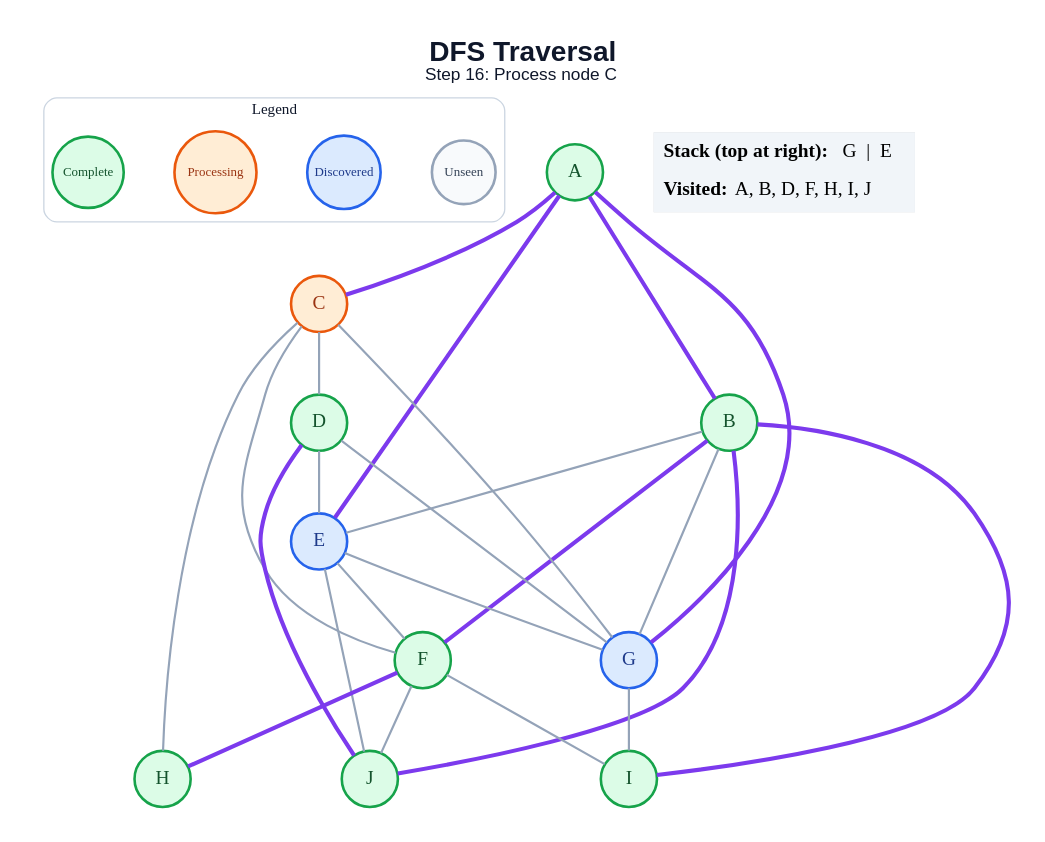
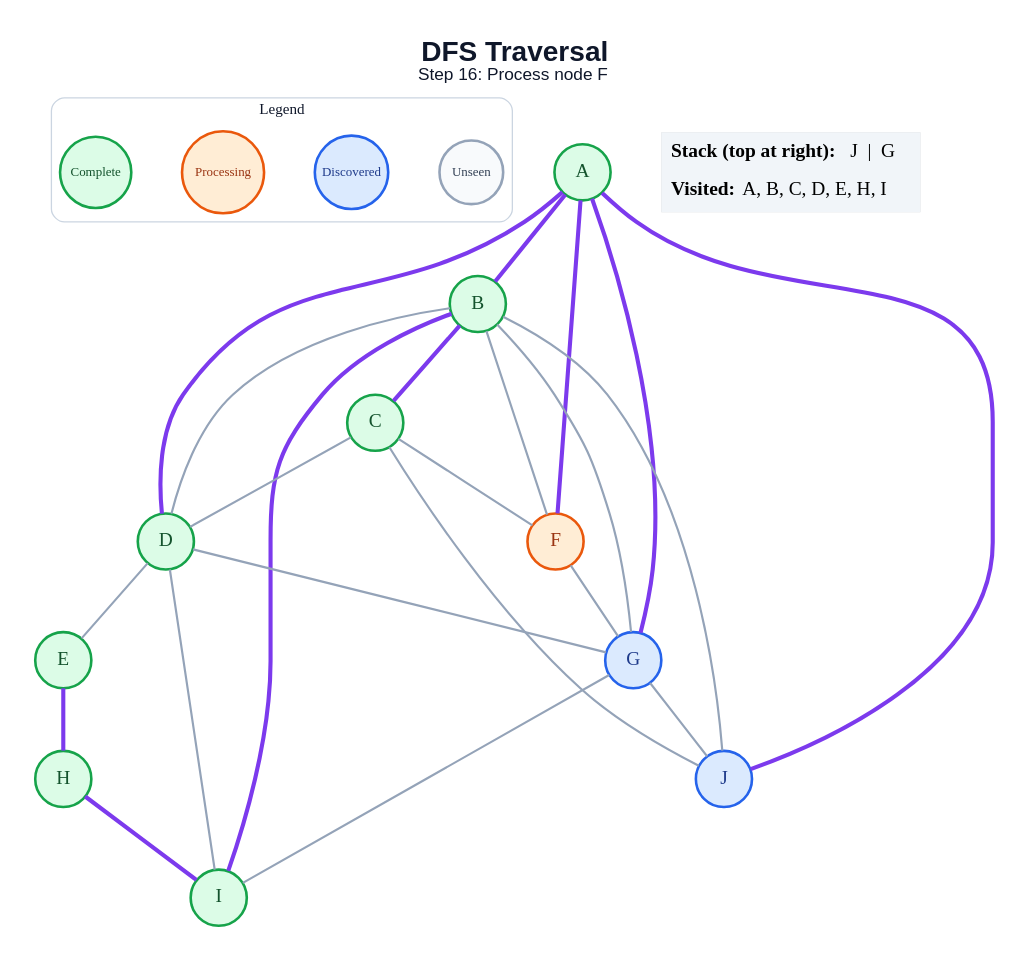
Before and after one commit to amanghodawala9/ai-slop: the diagram in generated/dfs/step_16.dot, drawn with Graphviz. The commit also changed 178 other files, not shown here.

```diff
--- a/generated/dfs/step_16.dot
+++ b/generated/dfs/step_16.dot
@@ -1,52 +1,51 @@
 graph traversal {
   graph [layout=dot, rankdir=TB, bgcolor="#FFFFFF", pad="0.35", nodesep="0.65", ranksep="0.8", fontname="Arial"];
   node [shape=circle, style="filled", fontname="Arial Bold", fontsize=18, width=0.72, fixedsize=true, penwidth=2.4];
   edge [color="#94A3B8", penwidth=2.0];
-  label=<<B>DFS Traversal</B><BR/><FONT POINT-SIZE="16">Step 16: Process node C</FONT>>; labelloc="t"; fontsize=26; fontname="Arial"; fontcolor="#0F172A";
+  label=<<B>DFS Traversal</B><BR/><FONT POINT-SIZE="16">Step 16: Process node F</FONT>>; labelloc="t"; fontsize=26; fontname="Arial"; fontcolor="#0F172A";
   subgraph cluster_legend { label="Legend"; color="#CBD5E1"; penwidth=1.2; style="rounded"; fontsize=14; fontname="Arial Bold";
     key_unseen [label="Unseen", fillcolor="#F8FAFC", color="#94A3B8", fontcolor="#334155", fontsize=12, width=0.82];
     key_frontier [label="Discovered", fillcolor="#DBEAFE", color="#2563EB", fontcolor="#1E3A8A", fontsize=12, width=0.95];
     key_current [label="Processing", fillcolor="#FFEDD5", color="#EA580C", fontcolor="#9A3412", fontsize=12, width=1.05];
     key_done [label="Complete", fillcolor="#DCFCE7", color="#16A34A", fontcolor="#14532D", fontsize=12, width=0.92];
     { rank=same; key_unseen; key_frontier; key_current; key_done; }
   }
   A [fillcolor="#DCFCE7", color="#16A34A", fontcolor="#14532D"];
   B [fillcolor="#DCFCE7", color="#16A34A", fontcolor="#14532D"];
-  C [fillcolor="#FFEDD5", color="#EA580C", fontcolor="#9A3412"];
+  C [fillcolor="#DCFCE7", color="#16A34A", fontcolor="#14532D"];
   D [fillcolor="#DCFCE7", color="#16A34A", fontcolor="#14532D"];
-  E [fillcolor="#DBEAFE", color="#2563EB", fontcolor="#1E3A8A"];
-  F [fillcolor="#DCFCE7", color="#16A34A", fontcolor="#14532D"];
+  E [fillcolor="#DCFCE7", color="#16A34A", fontcolor="#14532D"];
+  F [fillcolor="#FFEDD5", color="#EA580C", fontcolor="#9A3412"];
   G [fillcolor="#DBEAFE", color="#2563EB", fontcolor="#1E3A8A"];
   H [fillcolor="#DCFCE7", color="#16A34A", fontcolor="#14532D"];
   I [fillcolor="#DCFCE7", color="#16A34A", fontcolor="#14532D"];
-  J [fillcolor="#DCFCE7", color="#16A34A", fontcolor="#14532D"];
+  J [fillcolor="#DBEAFE", color="#2563EB", fontcolor="#1E3A8A"];
   A -- B [color="#7C3AED", penwidth=3.8];
-  A -- C [color="#7C3AED", penwidth=3.8];
-  A -- E [color="#7C3AED", penwidth=3.8];
+  A -- D [color="#7C3AED", penwidth=3.8];
+  A -- F [color="#7C3AED", penwidth=3.8];
   A -- G [color="#7C3AED", penwidth=3.8];
-  B -- E;
-  B -- F [color="#7C3AED", penwidth=3.8];
+  A -- J [color="#7C3AED", penwidth=3.8];
+  B -- C [color="#7C3AED", penwidth=3.8];
+  B -- D;
+  B -- F;
   B -- G;
   B -- I [color="#7C3AED", penwidth=3.8];
-  B -- J [color="#7C3AED", penwidth=3.8];
+  B -- J;
   C -- D;
   C -- F;
-  C -- G;
-  C -- H;
+  C -- J;
   D -- E;
   D -- G;
-  D -- J [color="#7C3AED", penwidth=3.8];
-  E -- F;
-  E -- G;
-  E -- J;
-  F -- H [color="#7C3AED", penwidth=3.8];
-  F -- I;
-  F -- J;
+  D -- I;
+  E -- H [color="#7C3AED", penwidth=3.8];
+  F -- G;
   G -- I;
+  G -- J;
+  H -- I [color="#7C3AED", penwidth=3.8];
   status [shape=plain, fixedsize=false, width=0, height=0, margin=0, label=<
     <TABLE BORDER="0" CELLBORDER="0" CELLPADDING="7" BGCOLOR="#F1F5F9">
-      <TR><TD ALIGN="LEFT"><B>Stack (top at right):</B> G  |  E</TD></TR>
-      <TR><TD ALIGN="LEFT"><B>Visited:</B> A, B, D, F, H, I, J</TD></TR>
+      <TR><TD ALIGN="LEFT"><B>Stack (top at right):</B> J  |  G</TD></TR>
+      <TR><TD ALIGN="LEFT"><B>Visited:</B> A, B, C, D, E, H, I</TD></TR>
     </TABLE>
   >];
 }
```
